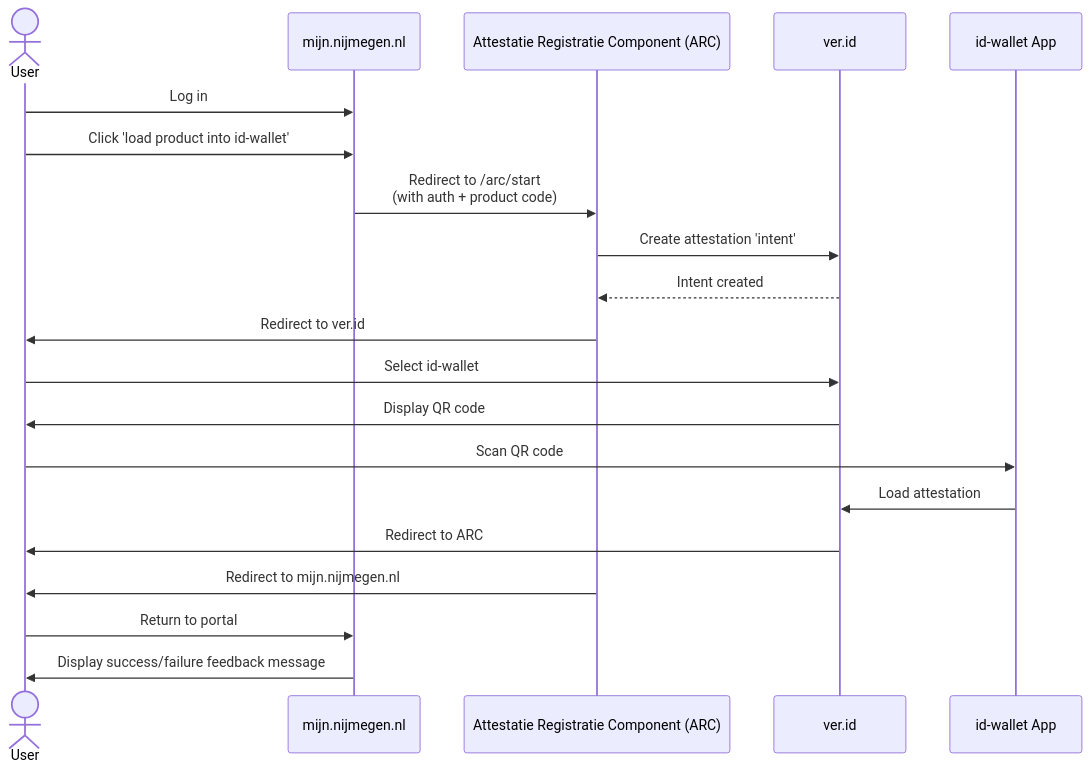
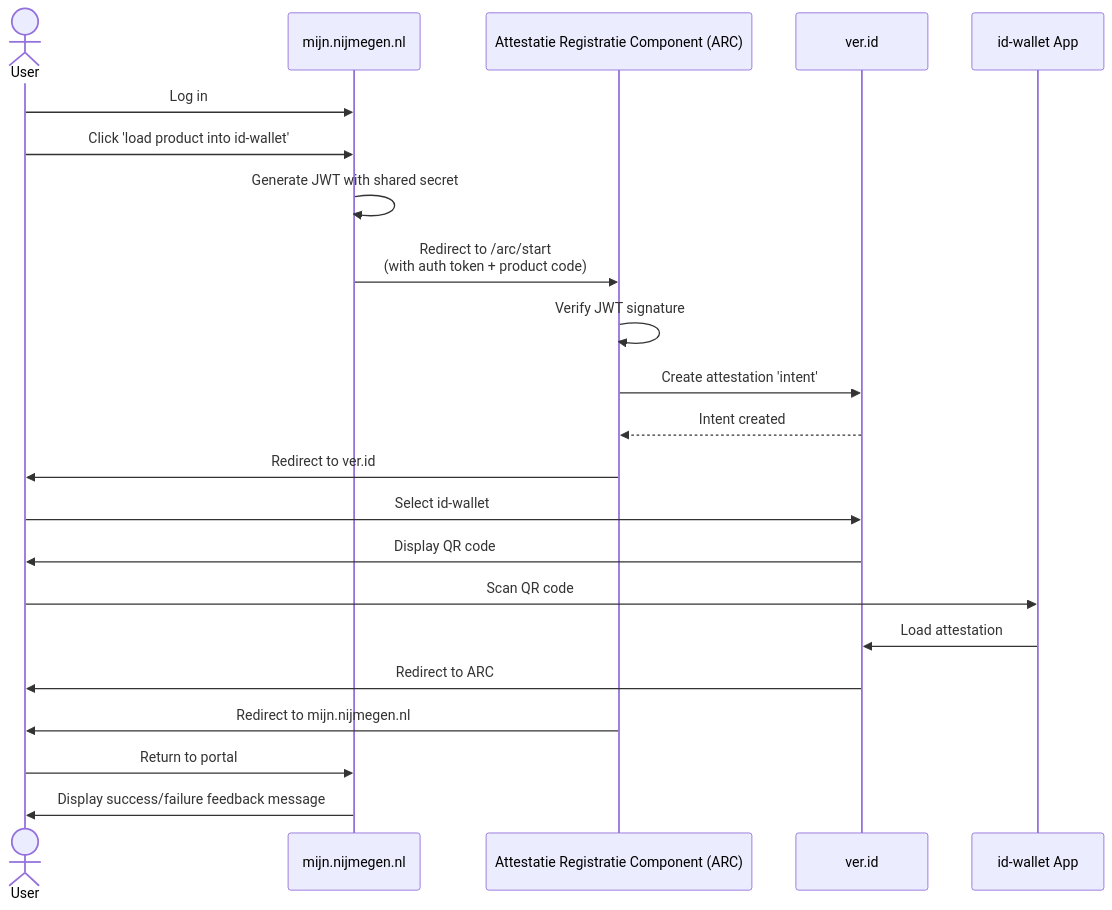
Before and after one commit to GemeenteNijmegen/attestatie-registratie-component: the diagram in README.md, drawn with Mermaid. The commit also changed other lines of this file and 11 other files, not shown here.

Commit message:
feat: add JWT token authentication

````diff
--- a/README.md
+++ b/README.md
@@ -30,23 +31,25 @@
 ```mermaid
 sequenceDiagram
     actor User
     participant MN as mijn.nijmegen.nl
     participant ARC as Attestatie Registratie Component (ARC)
     participant VID as ver.id
     participant Wallet as id-wallet App
 
     User->>MN: Log in
     User->>MN: Click 'load product into id-wallet'
-    MN->>ARC: Redirect to /arc/start<br/>(with auth + product code)
+    MN->>MN: Generate JWT with shared secret
+    MN->>ARC: Redirect to /arc/start<br/>(with auth token + product code)
+    ARC->>ARC: Verify JWT signature
     ARC->>VID: Create attestation 'intent'
     VID-->>ARC: Intent created
     ARC->>User: Redirect to ver.id
     User->>VID: Select id-wallet
     VID->>User: Display QR code
     User->>Wallet: Scan QR code
     Wallet->>VID: Load attestation
     VID->>User: Redirect to ARC
     ARC->>User: Redirect to mijn.nijmegen.nl
     User->>MN: Return to portal
     MN->>User: Display success/failure feedback message
 ```
````
